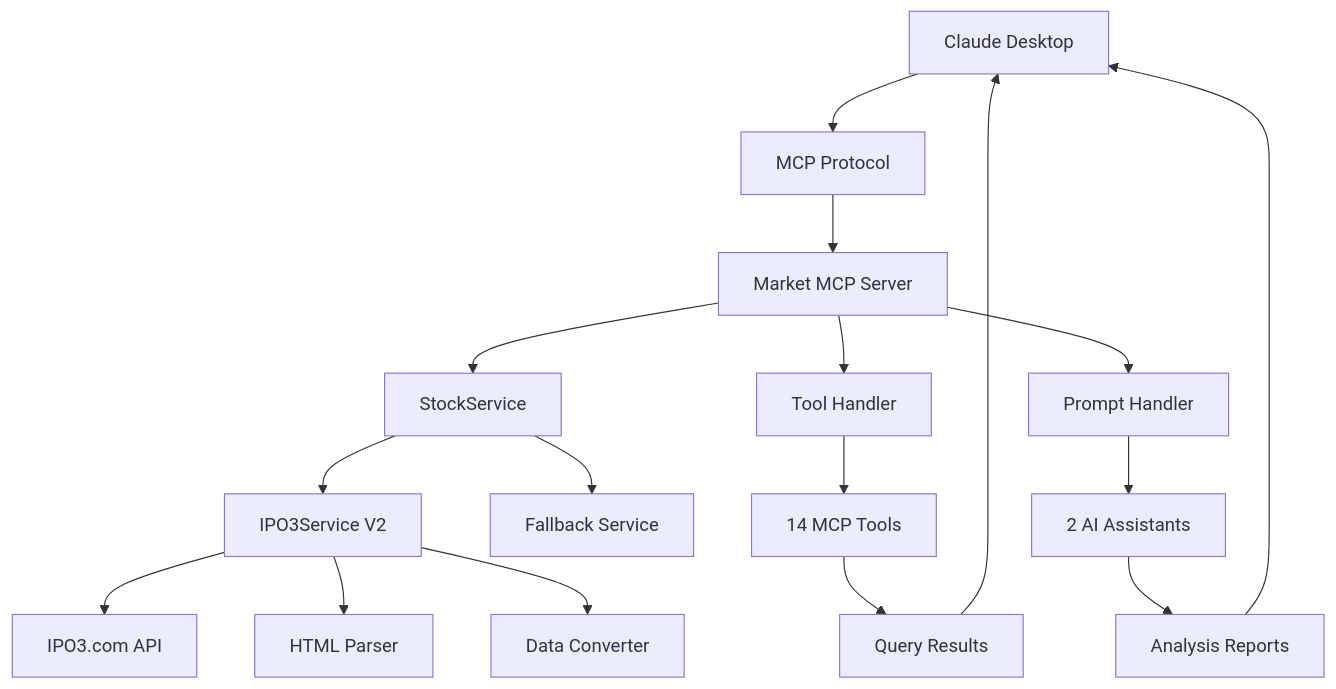
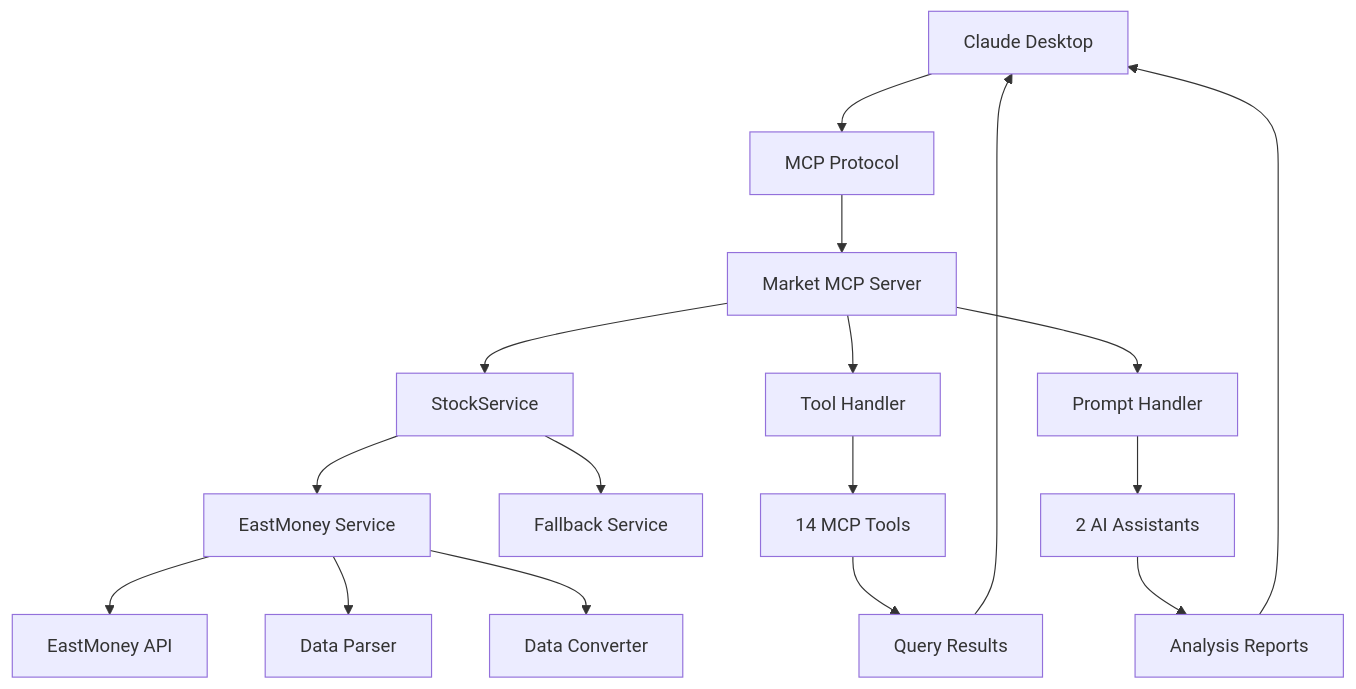
One commit to qiupo/marketMcp changed the diagram in README.md. Above: the diagram before and after it, drawn with Mermaid. The commit also changed other lines of this file and 33 other files, not shown here.

````diff
--- a/README.md
+++ b/README.md
@@ -163,24 +164,24 @@
 ```mermaid
 graph TB
     A[Claude Desktop] --> B[MCP Protocol]
     B --> C[Market MCP Server]
     C --> D[StockService]
     C --> E[Tool Handler]
     C --> F[Prompt Handler]
 
-    D --> G[IPO3Service V2]
+    D --> G[EastMoney Service]
     D --> H[Fallback Service]
 
-    G --> I[IPO3.com API]
-    G --> J[HTML Parser]
+    G --> I[EastMoney API]
+    G --> J[Data Parser]
     G --> K[Data Converter]
 
     E --> L[14 MCP Tools]
     F --> M[2 AI Assistants]
 
     L --> N[Query Results]
     M --> O[Analysis Reports]
 
     N --> A
     O --> A
 ```
````
